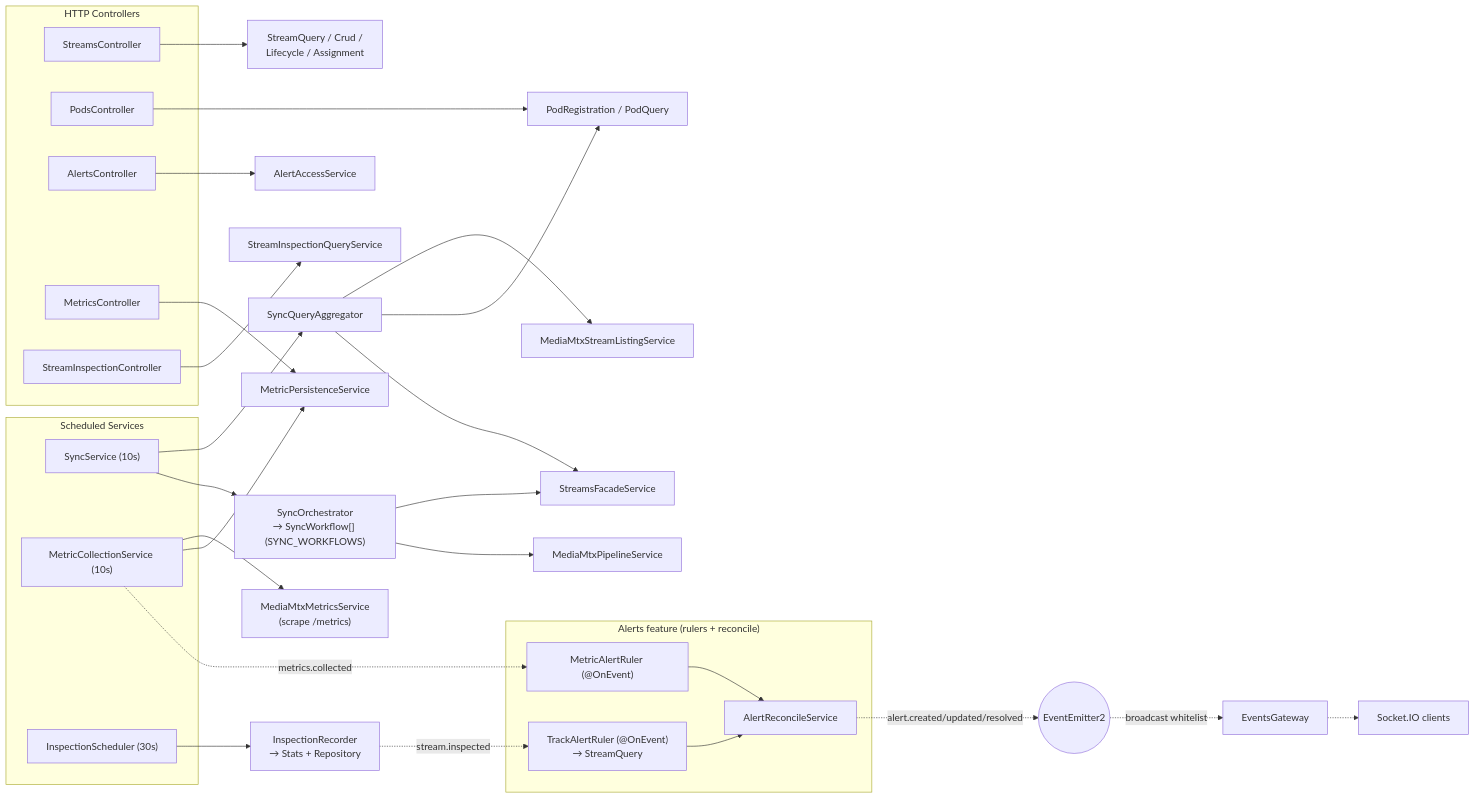
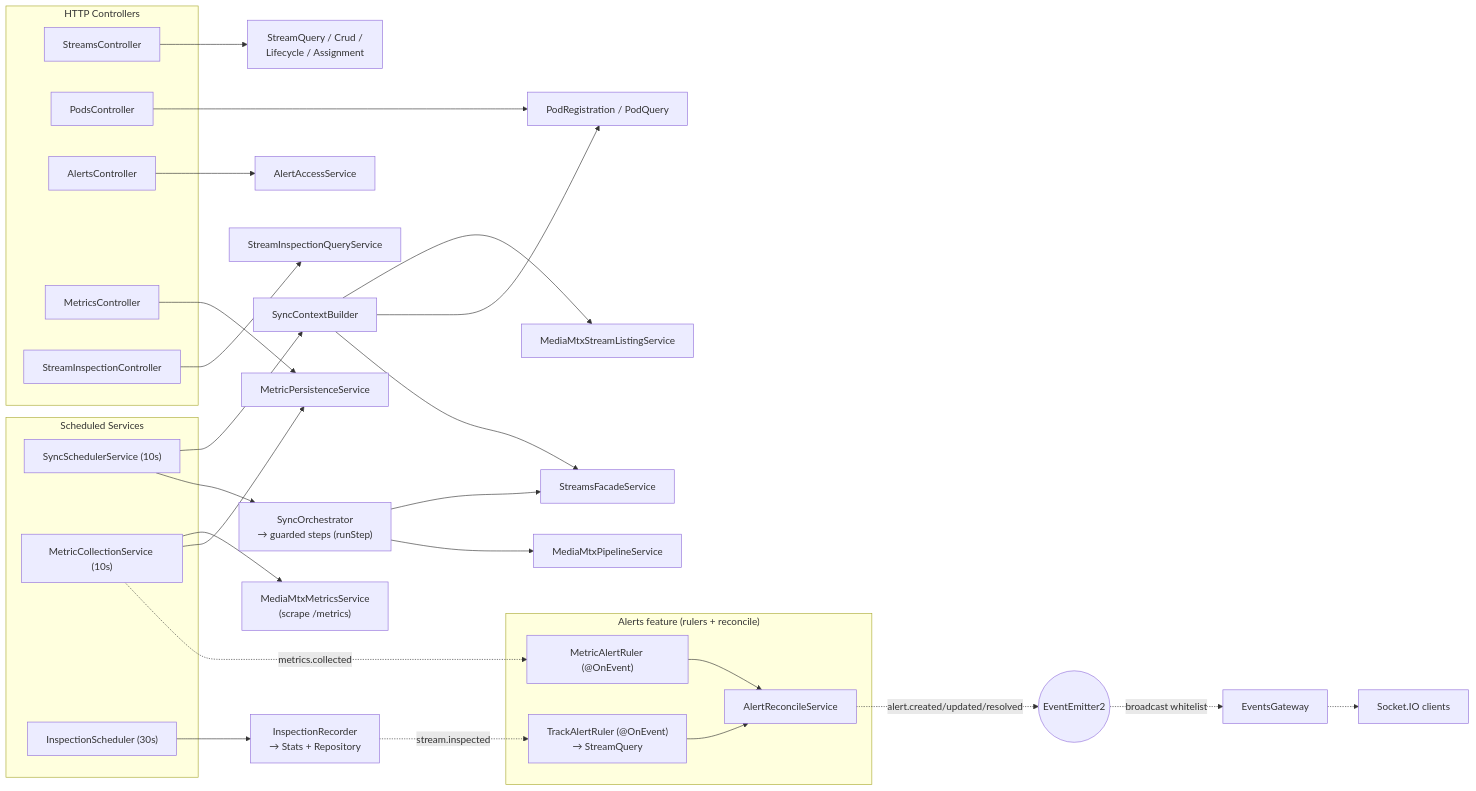
The fifth of 6 diagrams in backend/SYSTEM_DOCUMENTATION.md (emanuel74-bit/media-sync), drawn with Mermaid before and after one commit. The commit also changed other lines of this file and 33 other files, not shown here.

````diff
--- a/backend/SYSTEM_DOCUMENTATION.md
+++ b/backend/SYSTEM_DOCUMENTATION.md
@@ -549,47 +549,47 @@
 ```mermaid
 flowchart LR
     subgraph http["HTTP Controllers"]
         StreamsC[StreamsController]
         PodsC[PodsController]
         AlertsC[AlertsController]
         MetricsC[MetricsController]
         InspC[StreamInspectionController]
     end
 
     subgraph cron["Scheduled Services"]
-        SyncS["SyncService (10s)"]
+        SyncS["SyncSchedulerService (10s)"]
         MetricS["MetricCollectionService (10s)"]
         InspS["InspectionScheduler (30s)"]
     end
 
     StreamsC --> StrSvc["StreamQuery / Crud /<br/>Lifecycle / Assignment"]
     PodsC --> PodSvc["PodRegistration / PodQuery"]
     AlertsC --> AlertLife[AlertAccessService]
     MetricsC --> MetricPersist[MetricPersistenceService]
     InspC --> InspQuery[StreamInspectionQueryService]
 
-    SyncS --> Agg[SyncQueryAggregator]
-    SyncS --> Orch["SyncOrchestrator<br/>→ SyncWorkflow[] (SYNC_WORKFLOWS)"]
+    SyncS --> Agg[SyncContextBuilder]
+    SyncS --> Orch["SyncOrchestrator<br/>→ guarded steps (runStep)"]
     Agg --> Listing[MediaMtxStreamListingService]
     Agg --> PodSvc
     Agg --> Facade[StreamsFacadeService]
     Orch --> Facade
     Orch --> Pipeline[MediaMtxPipelineService]
 
     MetricS --> MetricsSvc["MediaMtxMetricsService<br/>(scrape /metrics)"]
     MetricS --> MetricPersist
     MetricS -. "metrics.collected" .-> MRuler
 
     InspS --> Recorder["InspectionRecorder<br/>→ Stats + Repository"]
     Recorder -. "stream.inspected" .-> TRuler
 
     subgraph alerts["Alerts feature (rulers + reconcile)"]
         MRuler["MetricAlertRuler (@OnEvent)"]
         TRuler["TrackAlertRuler (@OnEvent)<br/>→ StreamQuery"]
         MRuler --> Reconcile[AlertReconcileService]
         TRuler --> Reconcile
     end
     Reconcile -. "alert.created/updated/resolved" .-> Bus
 
     Bus(("EventEmitter2")) -. "broadcast whitelist" .-> Gateway[EventsGateway] -.-> Clients["Socket.IO clients"]
 ```
````
